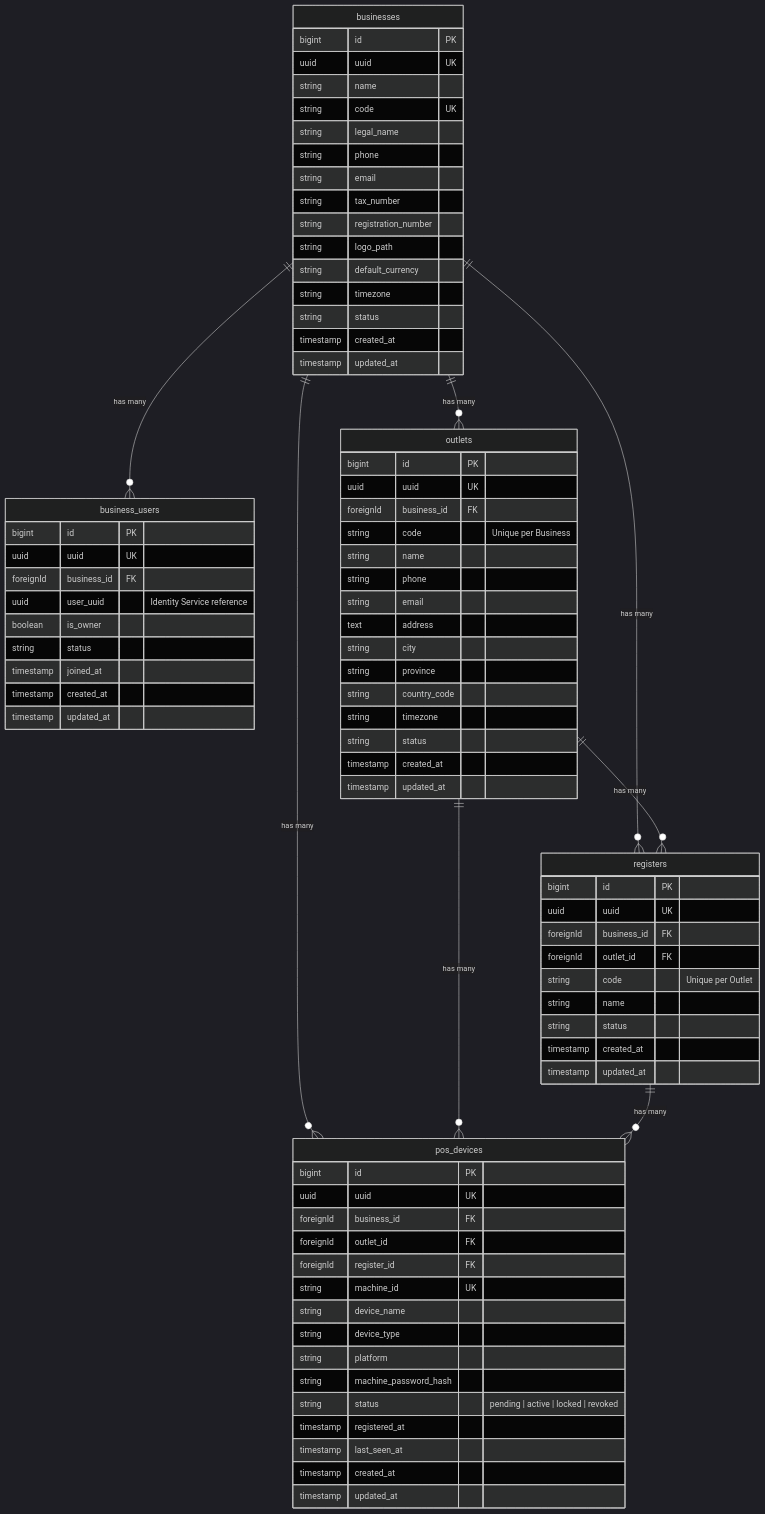
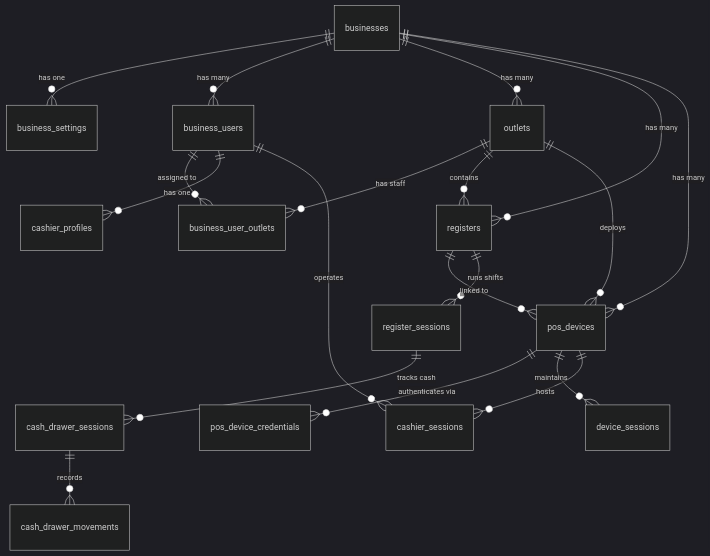
One commit to kheangsenghorng/smartpos_business-service changed the diagram in README.md. Above: the diagram before and after it, drawn with Mermaid (dark theme). The commit also changed other lines of this file, not shown here.

Commit message:
docs: update README with complete domain architecture, database ER model, security hardening, and API endpoint reference

````diff
--- a/README.md
+++ b/README.md
@@ -36,88 +51,26 @@
 ```mermaid
 erDiagram
+    businesses ||--o{ business_settings : "has one"
     businesses ||--o{ business_users : "has many"
     businesses ||--o{ outlets : "has many"
     businesses ||--o{ registers : "has many"
     businesses ||--o{ pos_devices : "has many"
-    outlets ||--o{ registers : "has many"
-    outlets ||--o{ pos_devices : "has many"
-    registers ||--o{ pos_devices : "has many"
 
-    businesses {
-        bigint id PK
-        uuid uuid UK
-        string name
-        string code UK
-        string legal_name
-        string phone
-        string email
-        string tax_number
-        string registration_number
-        string logo_path
-        string default_currency
-        string timezone
-        string status
-        timestamp created_at
-        timestamp updated_at
-    }
+    business_users ||--o{ business_user_outlets : "assigned to"
+    business_users ||--o{ cashier_profiles : "has one"
+    outlets ||--o{ business_user_outlets : "has staff"
 
-    business_users {
-        bigint id PK
-        uuid uuid UK
-        foreignId business_id FK
-        uuid user_uuid "Identity Service reference"
-        boolean is_owner
-        string status
-        timestamp joined_at
-        timestamp created_at
-        timestamp updated_at
-    }
+    outlets ||--o{ registers : "contains"
+    outlets ||--o{ pos_devices : "deploys"
+    registers ||--o{ pos_devices : "linked to"
 
-    outlets {
-        bigint id PK
-        uuid uuid UK
-        foreignId business_id FK
-        string code "Unique per Business"
-        string name
-        string phone
-        string email
-        text address
-        string city
-        string province
-        string country_code
-        string timezone
-        string status
-        timestamp created_at
-        timestamp updated_at
-    }
+    pos_devices ||--o{ pos_device_credentials : "authenticates via"
+    pos_devices ||--o{ device_sessions : "maintains"
 
-    registers {
-        bigint id PK
-        uuid uuid UK
-        foreignId business_id FK
-        foreignId outlet_id FK
-        string code "Unique per Outlet"
-        string name
-        string status
-        timestamp created_at
-        timestamp updated_at
-    }
+    business_users ||--o{ cashier_sessions : "operates"
+    pos_devices ||--o{ cashier_sessions : "hosts"
+    registers ||--o{ register_sessions : "runs shifts"
 
-    pos_devices {
-        bigint id PK
-        uuid uuid UK
-        foreignId business_id FK
-        foreignId outlet_id FK
-        foreignId register_id FK
-        string machine_id UK
-        string device_name
-        string device_type
-        string platform
-        string machine_password_hash
-        string status "pending | active | locked | revoked"
-        timestamp registered_at
-        timestamp last_seen_at
-        timestamp created_at
-        timestamp updated_at
-    }
+    register_sessions ||--o{ cash_drawer_sessions : "tracks cash"
+    cash_drawer_sessions ||--o{ cash_drawer_movements : "records"
 ```
````
